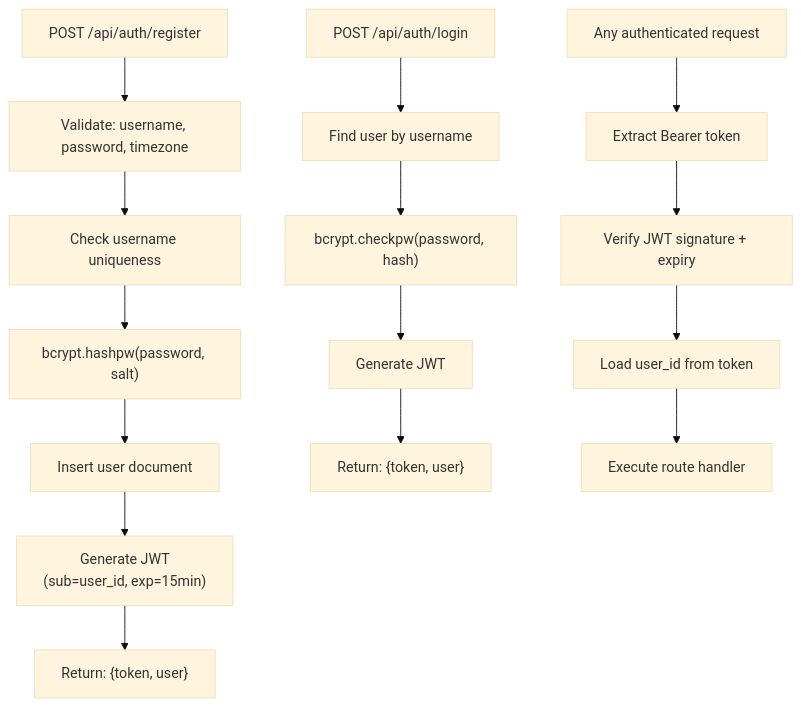
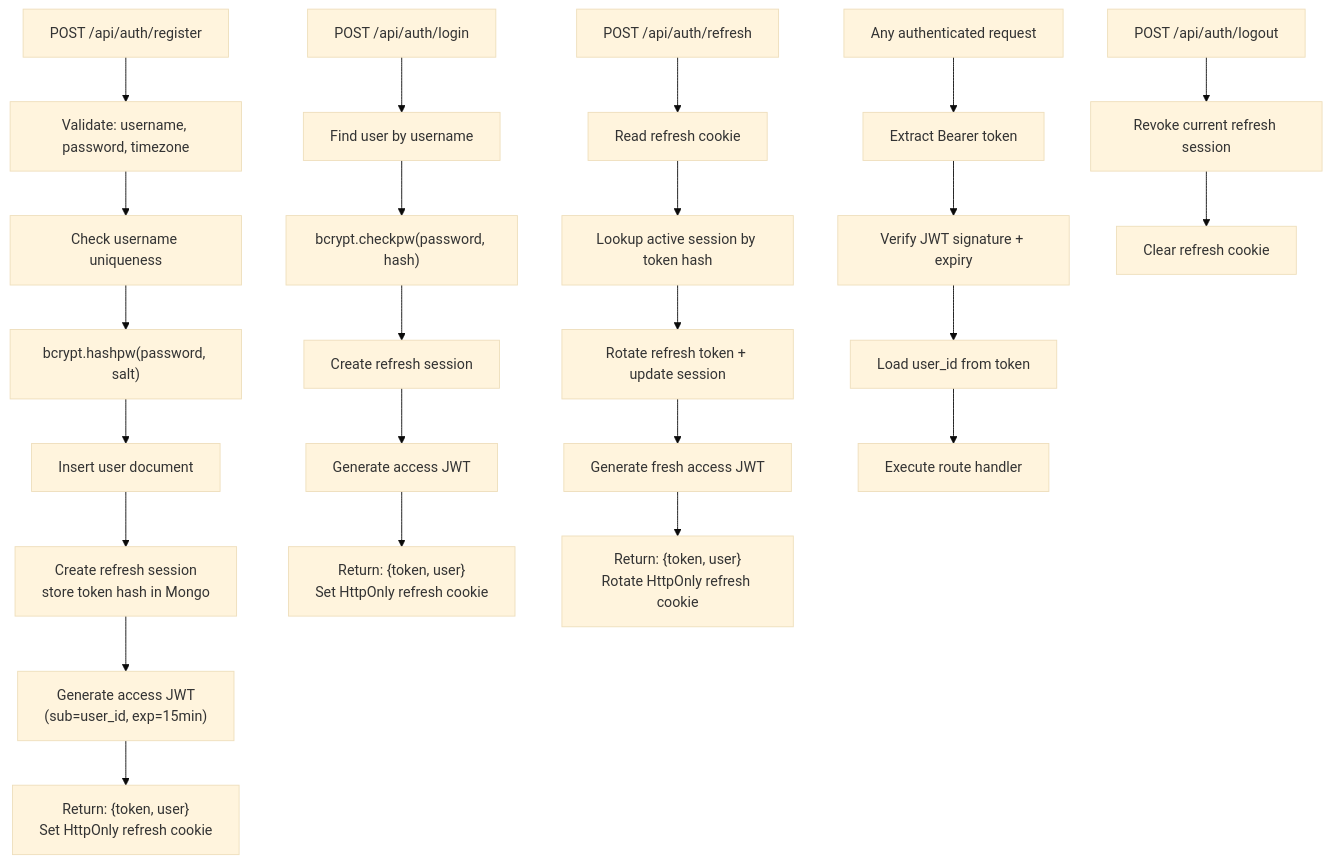
Before and after one commit to diridevelops/JanusEdge: the seventh of 7 diagrams in docs/architecture/backend.md, drawn with Mermaid (base theme). The commit also changed other lines of this file and 12 other files, not shown here.

Commit message:
Implement persistent refresh token mechanism with session management

````diff
--- a/docs/architecture/backend.md
+++ b/docs/architecture/backend.md
@@ -491,19 +494,30 @@
 ```mermaid
 flowchart TB
 	Register["POST /api/auth/register"] --> ValidateInput["Validate: username, password, timezone"]
 	ValidateInput --> CheckDup["Check username uniqueness"]
 	CheckDup --> HashPW["bcrypt.hashpw(password, salt)"]
 	HashPW --> CreateUser["Insert user document"]
-	CreateUser --> GenToken["Generate JWT<br/>(sub=user_id, exp=15min)"]
-	GenToken --> Response["Return: {token, user}"]
+	CreateUser --> CreateRefresh["Create refresh session<br/>store token hash in Mongo"]
+	CreateRefresh --> GenToken["Generate access JWT<br/>(sub=user_id, exp=15min)"]
+	GenToken --> Response["Return: {token, user}<br/>Set HttpOnly refresh cookie"]
     
 	Login["POST /api/auth/login"] --> FindUser["Find user by username"]
 	FindUser --> VerifyPW["bcrypt.checkpw(password, hash)"]
-	VerifyPW --> GenToken2["Generate JWT"]
-	GenToken2 --> Response2["Return: {token, user}"]
+	VerifyPW --> CreateRefresh2["Create refresh session"]
+	CreateRefresh2 --> GenToken2["Generate access JWT"]
+	GenToken2 --> Response2["Return: {token, user}<br/>Set HttpOnly refresh cookie"]
+
+	Refresh["POST /api/auth/refresh"] --> ReadCookie["Read refresh cookie"]
+	ReadCookie --> LookupSession["Lookup active session by token hash"]
+	LookupSession --> RotateSession["Rotate refresh token + update session"]
+	RotateSession --> GenToken3["Generate fresh access JWT"]
+	GenToken3 --> Response3["Return: {token, user}<br/>Rotate HttpOnly refresh cookie"]
     
 	ProtectedRequest["Any authenticated request"] --> ExtractToken["Extract Bearer token"]
 	ExtractToken --> VerifyJWT["Verify JWT signature + expiry"]
 	VerifyJWT --> LoadUser["Load user_id from token"]
 	LoadUser --> ExecuteRoute["Execute route handler"]
+
+	Logout["POST /api/auth/logout"] --> RevokeRefresh["Revoke current refresh session"]
+	RevokeRefresh --> ClearCookie["Clear refresh cookie"]
 ```
````
